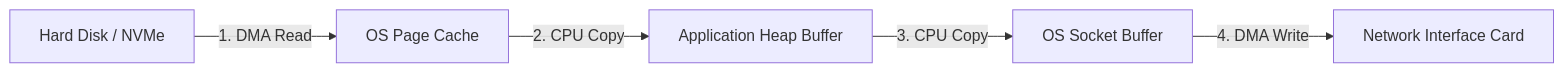
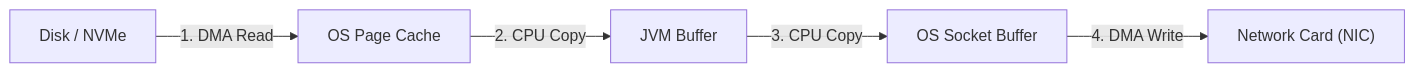
The fourth of 5 diagrams in content/roadmap/level-2/io-and-nio2.md (ravishankar2463/java_hub), drawn with Mermaid before and after one commit. The commit also changed other lines of this file and 119 other files, not shown here.

Commit message:
feat: add comprehensive java learning roadmap content across multiple levels

````diff
--- a/content/roadmap/level-2/io-and-nio2.md
+++ b/content/roadmap/level-2/io-and-nio2.md
@@ -178,7 +326,7 @@
 ```mermaid
 flowchart LR
-    Disk["Hard Disk / NVMe"] -->|"1. DMA Read"| OSPage["OS Page Cache"]
-    OSPage -->|"2. CPU Copy"| AppHeap["Application Heap Buffer"]
+    Disk["Disk / NVMe"] -->|"1. DMA Read"| OSPage["OS Page Cache"]
+    OSPage -->|"2. CPU Copy"| AppHeap["JVM Buffer"]
     AppHeap -->|"3. CPU Copy"| SocketBuf["OS Socket Buffer"]
-    SocketBuf -->|"4. DMA Write"| NIC["Network Interface Card"]
+    SocketBuf -->|"4. DMA Write"| NIC["Network Card (NIC)"]
 ```
````
